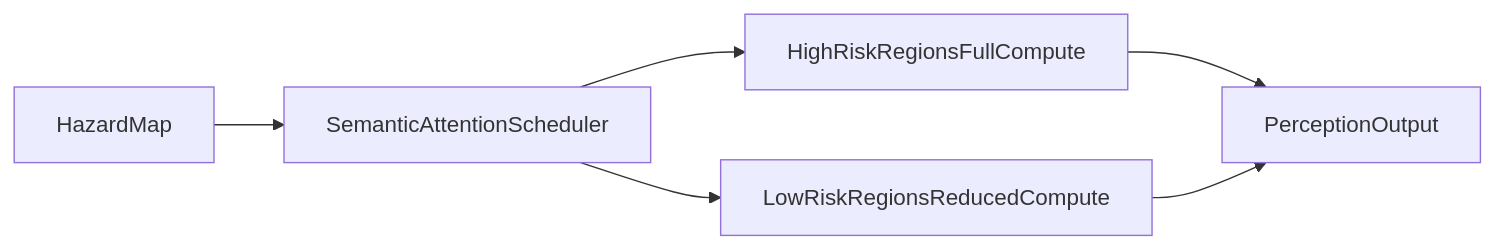
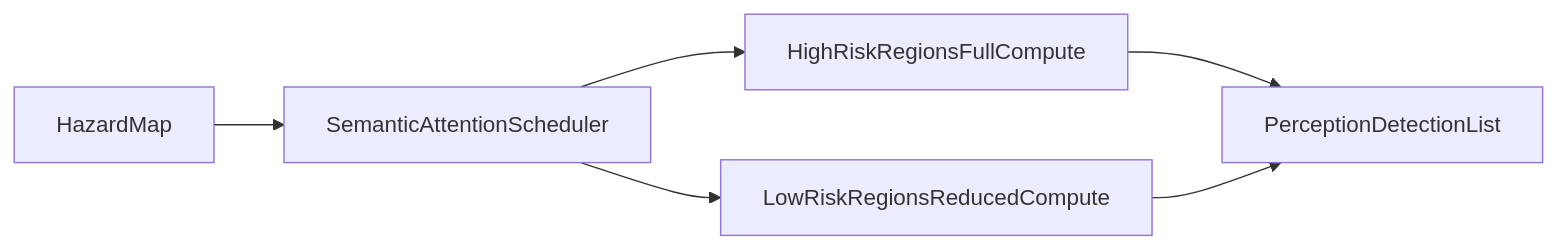
The seventh of 7 diagrams in docs/architecture.md (paribesh44/RiskSenseVLA), drawn with Mermaid before and after one commit. The commit also changed other lines of this file and 1 other file, not shown here.

````diff
--- a/docs/architecture.md
+++ b/docs/architecture.md
@@ -117,8 +262,8 @@
 ```mermaid
 flowchart LR
   hazardMap[HazardMap] --> scheduler[SemanticAttentionScheduler]
   scheduler --> highRisk[HighRiskRegionsFullCompute]
   scheduler --> lowRisk[LowRiskRegionsReducedCompute]
-  highRisk --> perceptionOut[PerceptionOutput]
+  highRisk --> perceptionOut[PerceptionDetectionList]
   lowRisk --> perceptionOut
 ```
````
